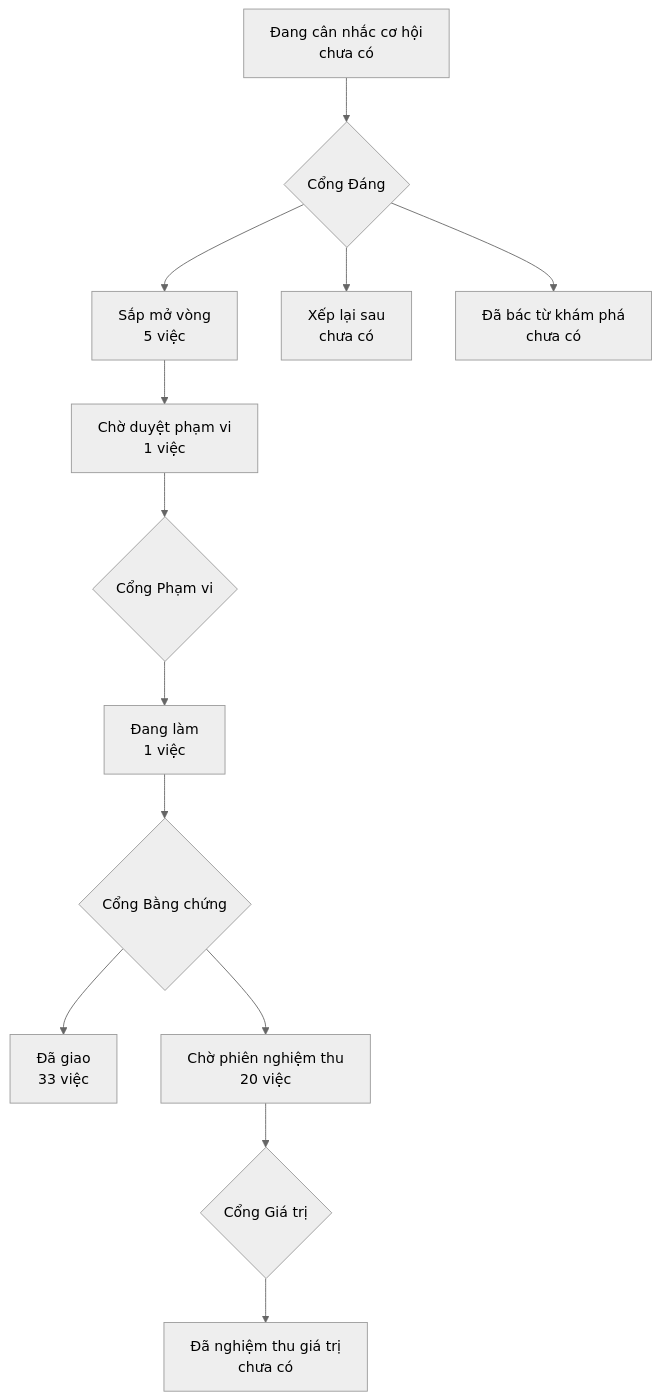
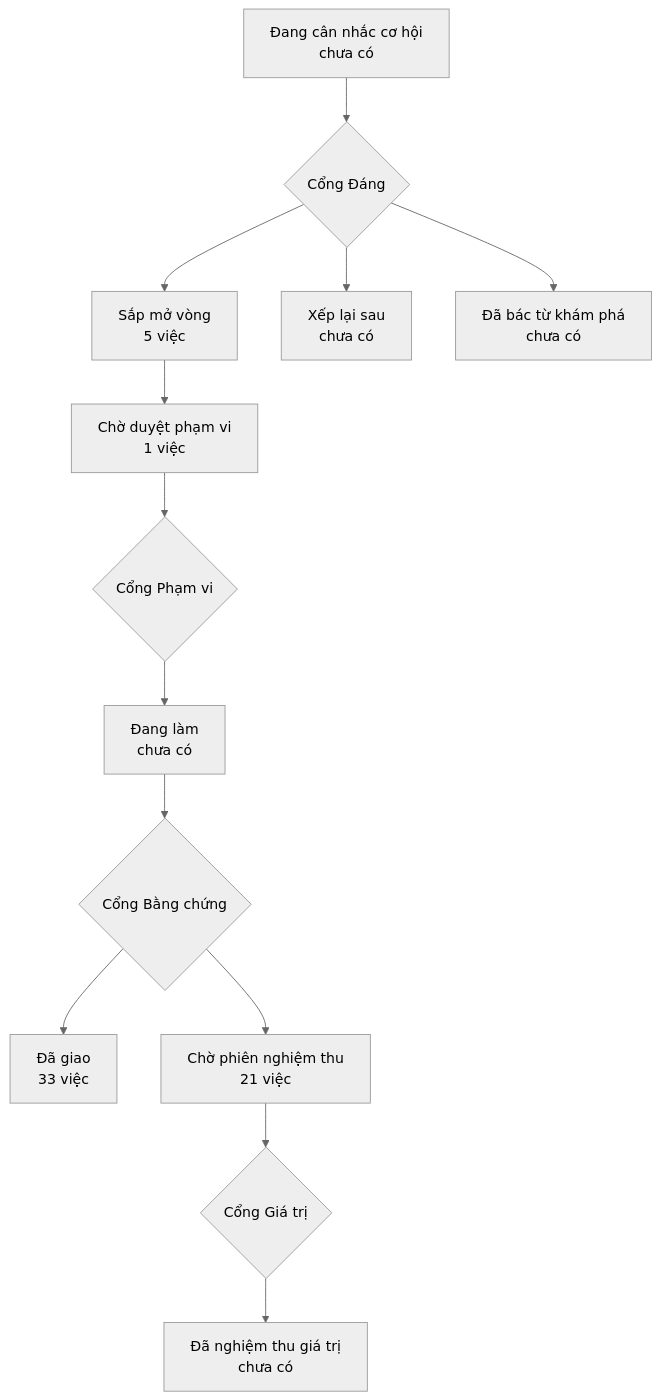
The diagram in PRODUCT-MAP.md (phanlemanh/onehub-invest), drawn with Mermaid (neutral theme) before and after one commit. The commit also changed other lines of this file and 4 other files, not shown here.

````diff
--- a/PRODUCT-MAP.md
+++ b/PRODUCT-MAP.md
@@ -7,12 +7,12 @@
 ```mermaid
 flowchart TD
   A["Đang cân nhắc cơ hội<br/>chưa có"] --> GD{"Cổng Đáng"}
   GD --> B["Sắp mở vòng<br/>5 việc"]
   GD --> XL["Xếp lại sau<br/>chưa có"]
   GD --> DB["Đã bác từ khám phá<br/>chưa có"]
   B --> CD["Chờ duyệt phạm vi<br/>1 việc"] --> GP{"Cổng Phạm vi"}
-  GP --> DL["Đang làm<br/>1 việc"] --> GB{"Cổng Bằng chứng"}
+  GP --> DL["Đang làm<br/>chưa có"] --> GB{"Cổng Bằng chứng"}
   GB --> DG["Đã giao<br/>33 việc"]
-  GB --> CN["Chờ phiên nghiệm thu<br/>20 việc"] --> GG{"Cổng Giá trị"}
+  GB --> CN["Chờ phiên nghiệm thu<br/>21 việc"] --> GG{"Cổng Giá trị"}
   GG --> NT["Đã nghiệm thu giá trị<br/>chưa có"]
 ```
````
